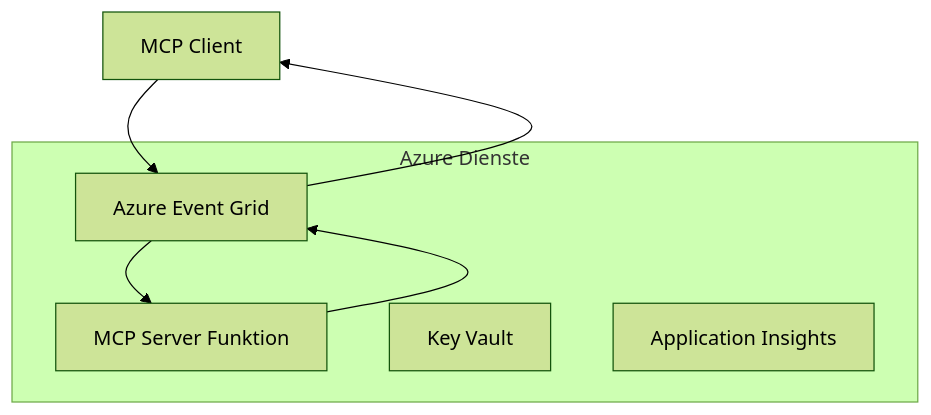
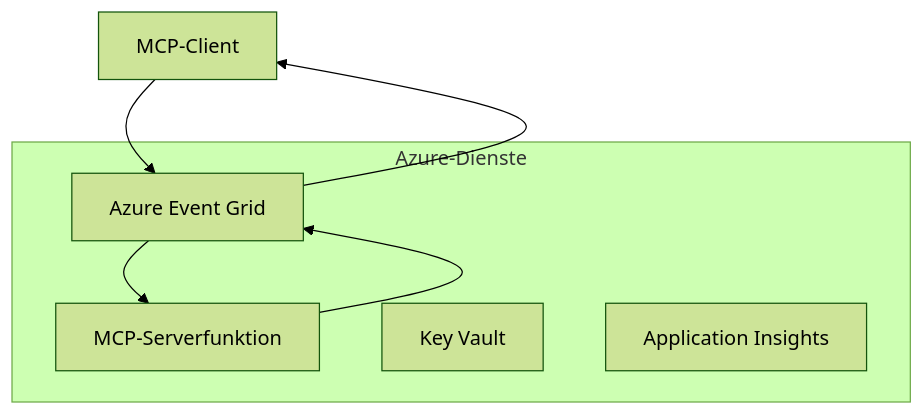
Before and after one commit to HIDORAKAI002/ai-workspace-archive: the first of 2 diagrams in mcp_ecosystem__model_context_protocol/mcp_learning_resources/mcp-for-beginners/translations/de/05-AdvancedTopics/mcp-transport/README.md, drawn with Mermaid (forest theme). The commit also changed other lines of this file and 1046 other files, not shown here.

````diff
--- a/mcp_ecosystem__model_context_protocol/mcp_learning_resources/mcp-for-beginners/translations/de/05-AdvancedTopics/mcp-transport/README.md
+++ b/mcp_ecosystem__model_context_protocol/mcp_learning_resources/mcp-for-beginners/translations/de/05-AdvancedTopics/mcp-transport/README.md
@@ -58,14 +60,14 @@
 ```mermaid
 graph TB
-    Client[MCP Client] --> EG[Azure Event Grid]
-    EG --> Server[MCP Server Funktion]
+    Client[MCP-Client] --> EG[Azure Event Grid]
+    EG --> Server[MCP-Serverfunktion]
     Server --> EG
     EG --> Client
     
-    subgraph "Azure Dienste"
+    subgraph "Azure-Dienste"
         EG
         Server
         KV[Key Vault]
         Monitor[Application Insights]
     end
 ```
````
